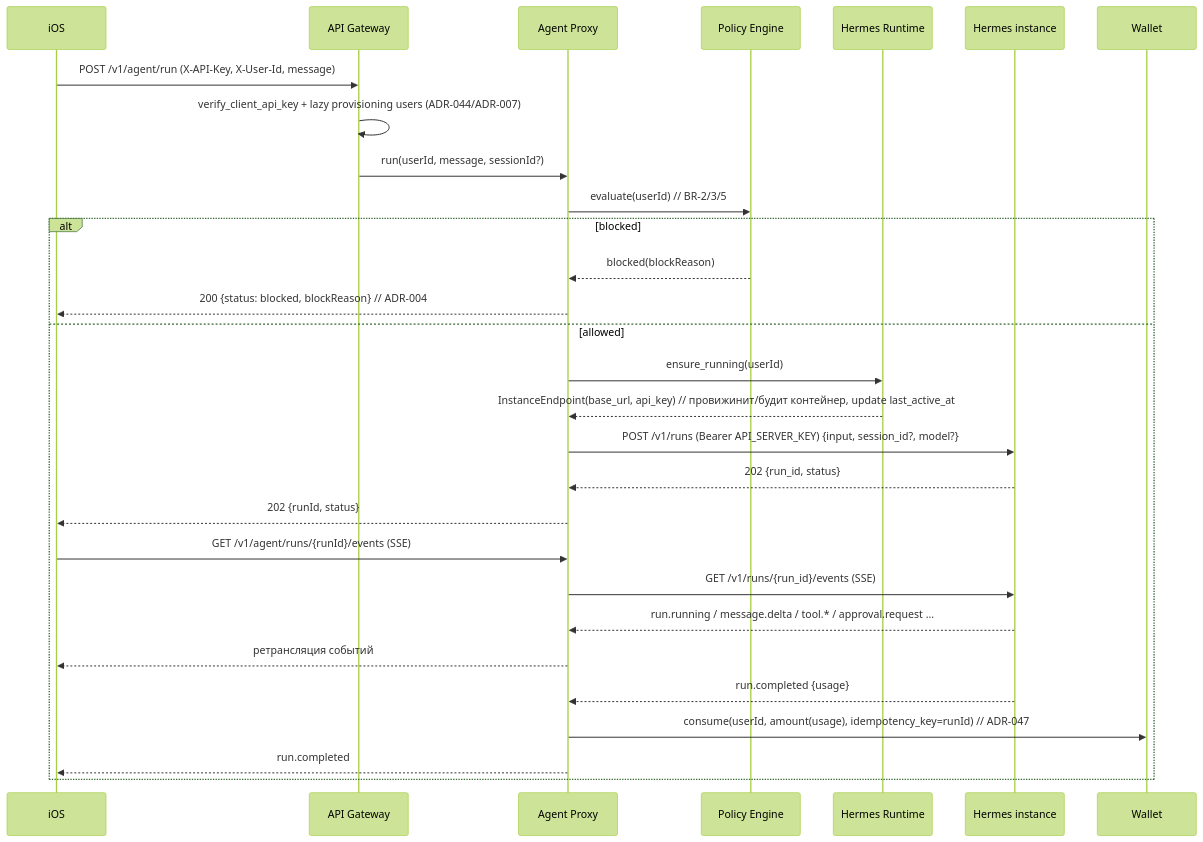
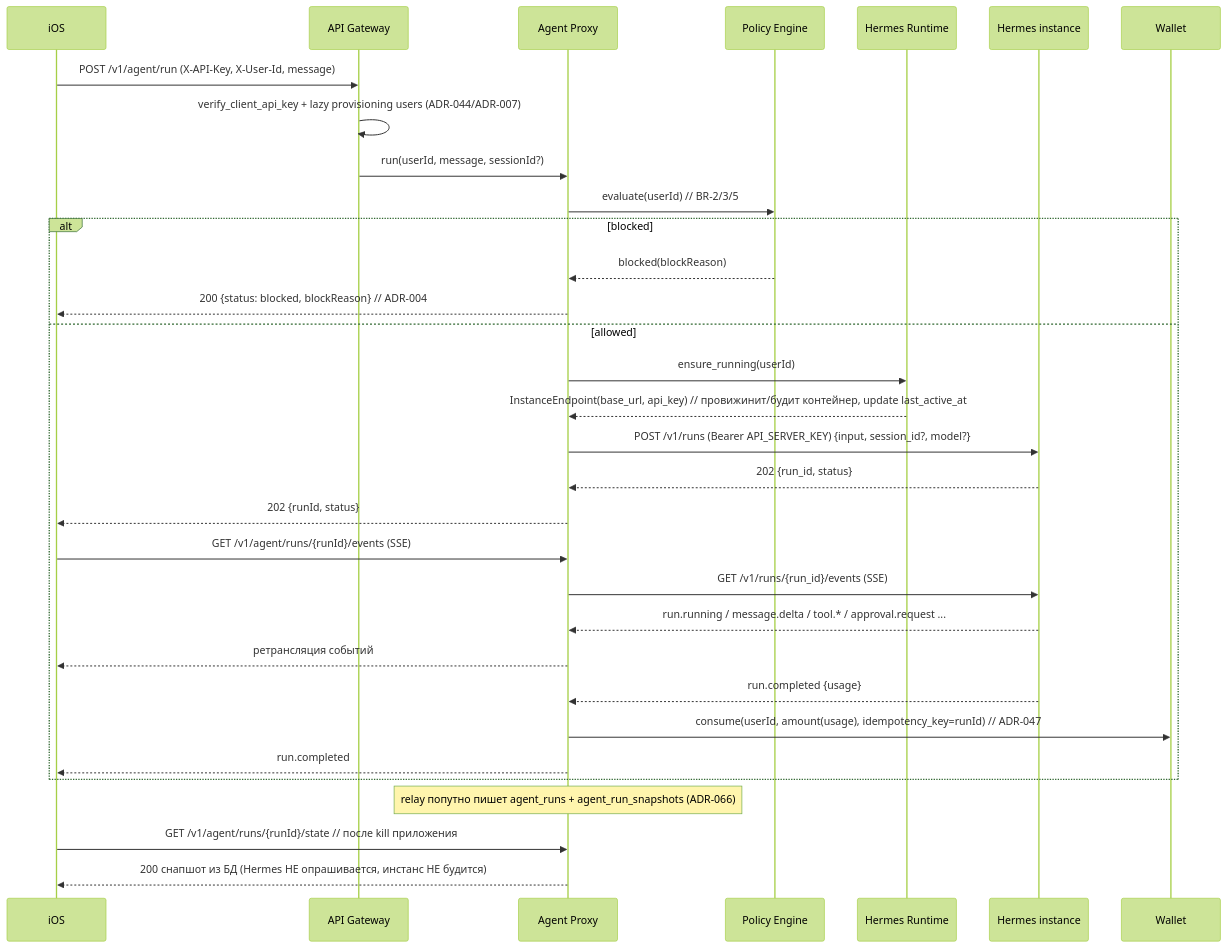
One commit to eliseiv/claude-hermes changed the fifth of 5 diagrams in docs/01-architecture.md. Above: the diagram before and after it, drawn with Mermaid (forest theme). The commit also changed other lines of this file and 42 other files, not shown here.

First line of the commit message:
feat(agent): run-state snapshot endpoint GET /v1/agent/runs/{run_id}/state (ADR-066)

````diff
--- a/docs/01-architecture.md
+++ b/docs/01-architecture.md
@@ -179,32 +179,35 @@
 ```mermaid
 sequenceDiagram
     participant C as iOS
     participant GW as API Gateway
     participant AP as Agent Proxy
     participant P as Policy Engine
     participant HM as Hermes Runtime
     participant I as Hermes instance
     participant W as Wallet
 
     C->>GW: POST /v1/agent/run (X-API-Key, X-User-Id, message)
     GW->>GW: verify_client_api_key + lazy provisioning users (ADR-044/ADR-007)
     GW->>AP: run(userId, message, sessionId?)
     AP->>P: evaluate(userId)  // BR-2/3/5
     alt blocked
         P-->>AP: blocked(blockReason)
         AP-->>C: 200 {status: blocked, blockReason}  // ADR-004
     else allowed
         AP->>HM: ensure_running(userId)
         HM-->>AP: InstanceEndpoint(base_url, api_key)  // провижинит/будит контейнер, update last_active_at
         AP->>I: POST /v1/runs (Bearer API_SERVER_KEY) {input, session_id?, model?}
         I-->>AP: 202 {run_id, status}
         AP-->>C: 202 {runId, status}
         C->>AP: GET /v1/agent/runs/{runId}/events (SSE)
         AP->>I: GET /v1/runs/{run_id}/events (SSE)
         I-->>AP: run.running / message.delta / tool.* / approval.request ...
         AP-->>C: ретрансляция событий
         I-->>AP: run.completed {usage}
         AP->>W: consume(userId, amount(usage), idempotency_key=runId)  // ADR-047
         AP-->>C: run.completed
     end
+    Note over AP: relay попутно пишет agent_runs + agent_run_snapshots (ADR-066)
+    C->>AP: GET /v1/agent/runs/{runId}/state  // после kill приложения
+    AP-->>C: 200 снапшот из БД (Hermes НЕ опрашивается, инстанс НЕ будится)
 ```
````
